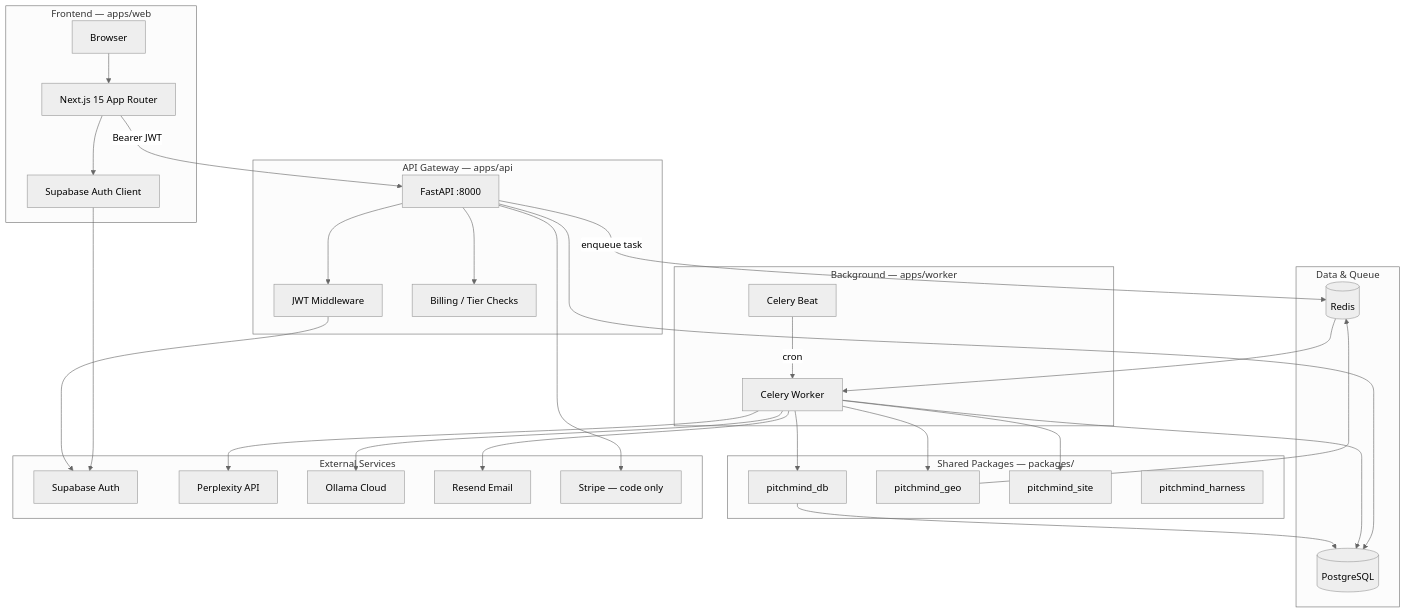
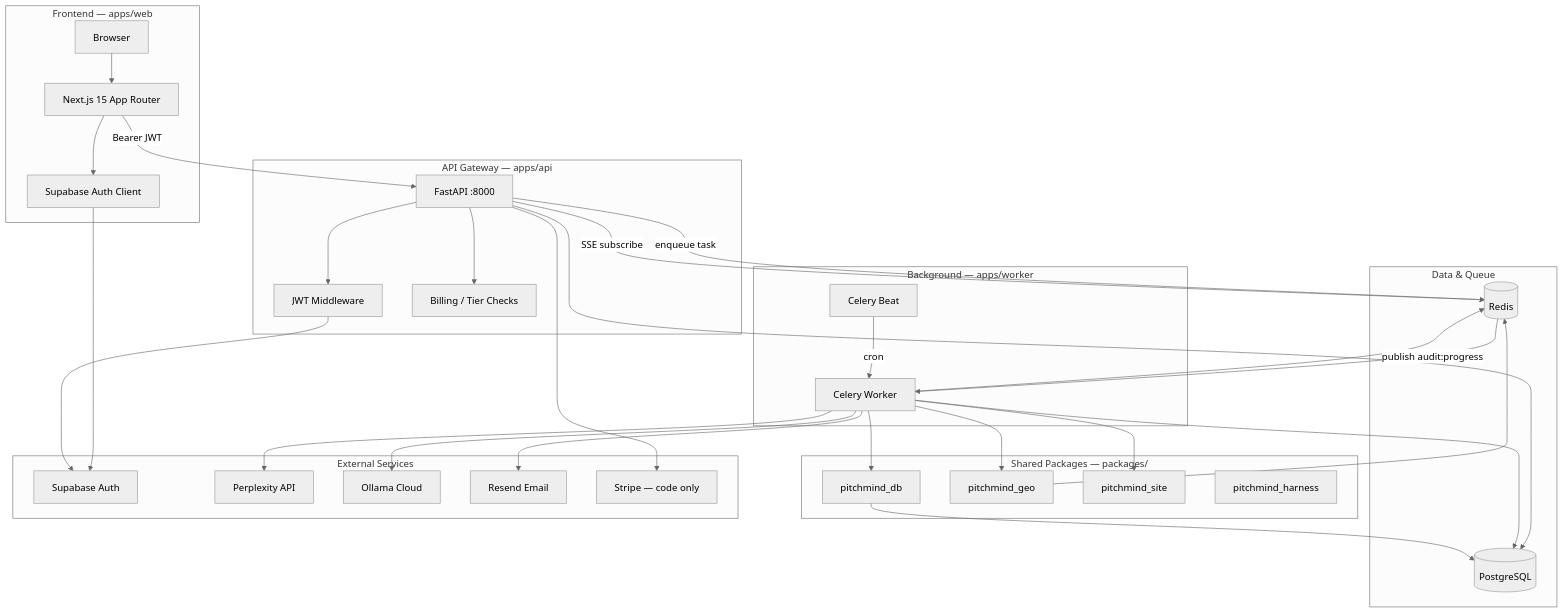
The first of 3 diagrams in STRUCTURE.md (DeryFerd/pitchmind), drawn with Mermaid (neutral theme) before and after one commit. The commit also changed other lines of this file, not shown here.

First line of the commit message:
Sync STRUCTURE.md with ROAST round 2 architecture changes.

````diff
--- a/STRUCTURE.md
+++ b/STRUCTURE.md
@@ -13,61 +13,63 @@
 ```mermaid
 flowchart TB
     subgraph client [Frontend — apps/web]
         Browser[Browser]
         NextJS[Next.js 15 App Router]
         SupaClient[Supabase Auth Client]
     end
 
     subgraph gateway [API Gateway — apps/api]
         FastAPI[FastAPI :8000]
         JWT[JWT Middleware]
         BillingSvc[Billing / Tier Checks]
     end
 
     subgraph async [Background — apps/worker]
         Celery[Celery Worker]
         Beat[Celery Beat]
     end
 
     subgraph libs [Shared Packages — packages/]
         DBpkg[pitchmind_db]
         Geo[pitchmind_geo]
         Site[pitchmind_site]
         Harness[pitchmind_harness]
     end
 
     subgraph data [Data & Queue]
         PG[(PostgreSQL)]
         Redis[(Redis)]
     end
 
     subgraph external [External Services]
         SupaAuth[Supabase Auth]
         Perplexity[Perplexity API]
         Ollama[Ollama Cloud]
         Resend[Resend Email]
         Stripe[Stripe — code only]
     end
 
     Browser --> NextJS
     NextJS --> SupaClient
     SupaClient --> SupaAuth
     NextJS -->|Bearer JWT| FastAPI
     FastAPI --> JWT
     JWT --> SupaAuth
     FastAPI --> BillingSvc
     FastAPI --> PG
     FastAPI -->|enqueue task| Redis
     Redis --> Celery
     Celery --> Geo
     Celery --> Site
     Celery --> DBpkg
     Celery --> Perplexity
     Celery --> Ollama
     Celery --> Resend
-    Celery --> PG
+    Celery -->|publish audit:progress| Redis
+    FastAPI -->|SSE subscribe| Redis
     Beat -->|cron| Celery
     Geo --> Redis
+    Celery --> PG
     FastAPI --> Stripe
     DBpkg --> PG
 ```
````
